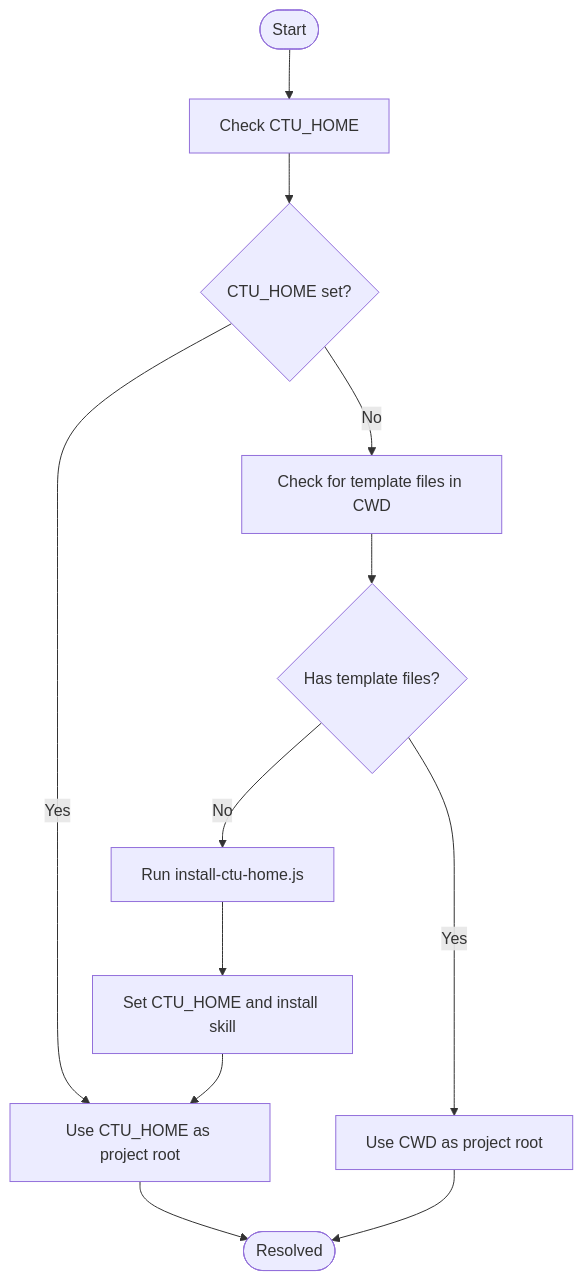
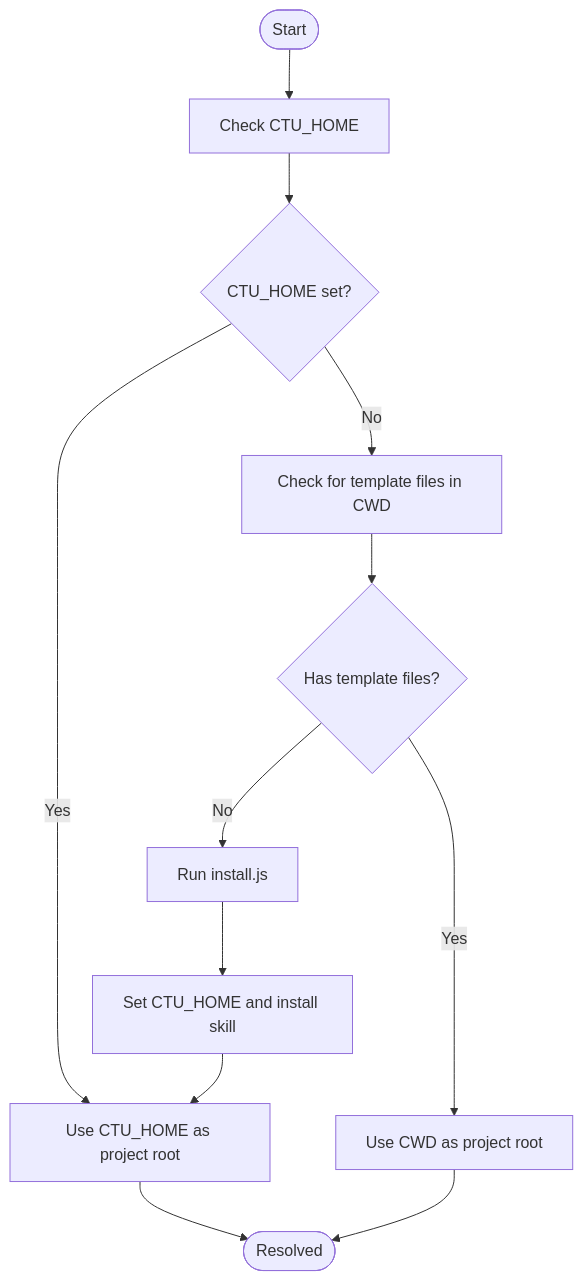
Before and after one commit to pingwurth/code-to-uml: the third of 9 diagrams in .qoder/repowiki/en/content/AI Agent Integration/Agent Setup Guides/Cursor Integration.md, drawn with Mermaid. The commit also changed other lines of this file and 26 other files, not shown here.

Commit message:
rename install-ctu-home.js install.js

````diff
--- a/.qoder/repowiki/en/content/AI Agent Integration/Agent Setup Guides/Cursor Integration.md
+++ b/.qoder/repowiki/en/content/AI Agent Integration/Agent Setup Guides/Cursor Integration.md
@@ -128,14 +128,14 @@
 ```mermaid
 flowchart TD
 Start(["Start"]) --> CheckEnv["Check CTU_HOME"]
 CheckEnv --> HasEnv{"CTU_HOME set?"}
 HasEnv --> |Yes| UseEnv["Use CTU_HOME as project root"]
 HasEnv --> |No| CheckTemplate["Check for template files in CWD"]
 CheckTemplate --> HasTemplate{"Has template files?"}
 HasTemplate --> |Yes| UseCWD["Use CWD as project root"]
-HasTemplate --> |No| RunInstall["Run install-ctu-home.js"]
+HasTemplate --> |No| RunInstall["Run install.js"]
 RunInstall --> SetEnv["Set CTU_HOME and install skill"]
 SetEnv --> UseEnv
 UseEnv --> End(["Resolved"])
 UseCWD --> End
 ```
````
